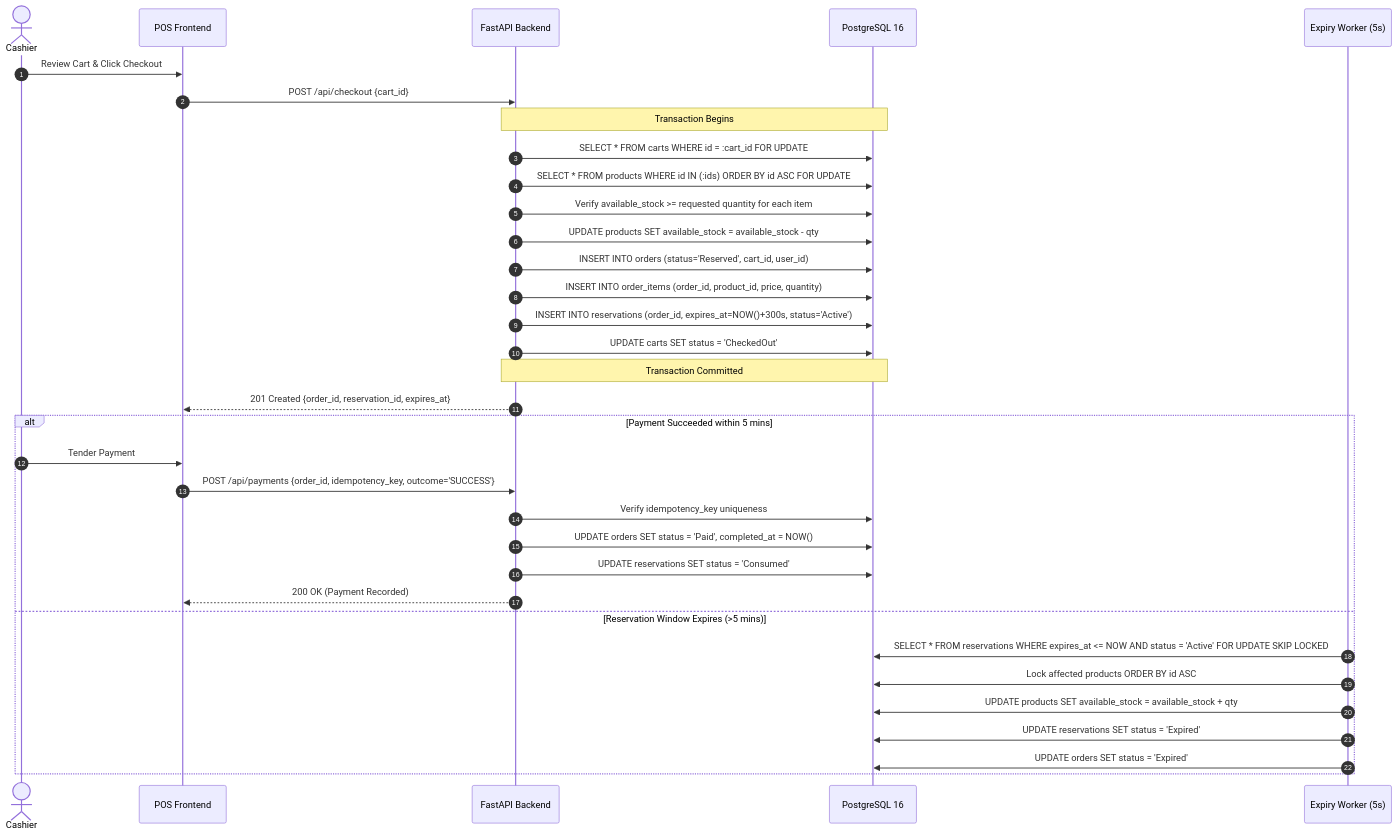
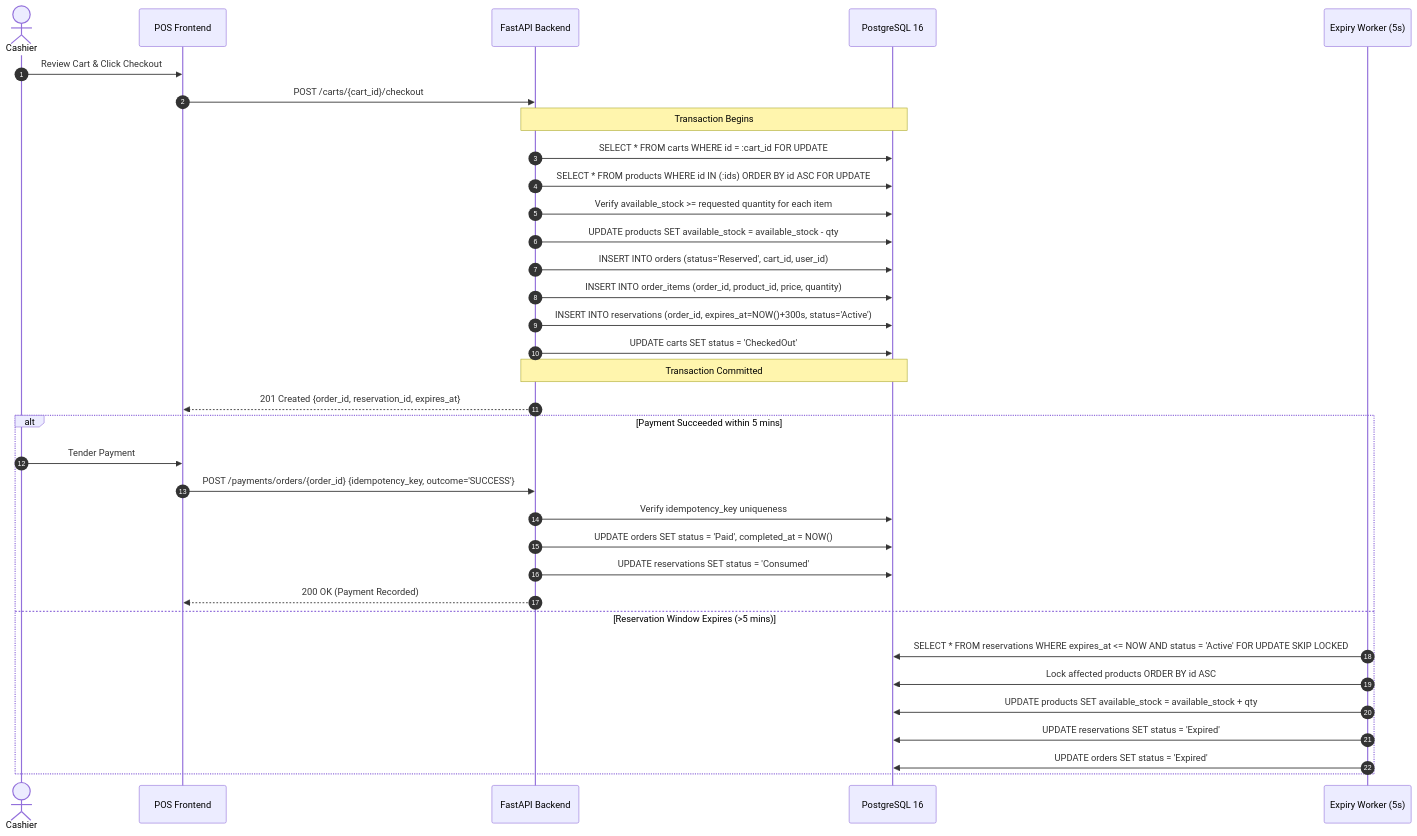
One commit to arudkumaran19/pos-ecommerce-systems changed the third of 22 diagrams in README.md. Above: the diagram before and after it, drawn with Mermaid. The commit also changed other lines of this file, not shown here.

````diff
--- a/README.md
+++ b/README.md
@@ -260,38 +281,38 @@
 ```mermaid
 sequenceDiagram
     autonumber
     actor Cashier
     participant POS as POS Frontend
     participant API as FastAPI Backend
     participant DB as PostgreSQL 16
     participant Expiry as Expiry Worker (5s)
 
     Cashier->>POS: Review Cart & Click Checkout
-    POS->>API: POST /api/checkout {cart_id}
+    POS->>API: POST /carts/{cart_id}/checkout
     Note over API,DB: Transaction Begins
     API->>DB: SELECT * FROM carts WHERE id = :cart_id FOR UPDATE
     API->>DB: SELECT * FROM products WHERE id IN (:ids) ORDER BY id ASC FOR UPDATE
     API->>DB: Verify available_stock >= requested quantity for each item
     API->>DB: UPDATE products SET available_stock = available_stock - qty
     API->>DB: INSERT INTO orders (status='Reserved', cart_id, user_id)
     API->>DB: INSERT INTO order_items (order_id, product_id, price, quantity)
     API->>DB: INSERT INTO reservations (order_id, expires_at=NOW()+300s, status='Active')
     API->>DB: UPDATE carts SET status = 'CheckedOut'
     Note over API,DB: Transaction Committed
     API-->>POS: 201 Created {order_id, reservation_id, expires_at}
 
     alt Payment Succeeded within 5 mins
         Cashier->>POS: Tender Payment
-        POS->>API: POST /api/payments {order_id, idempotency_key, outcome='SUCCESS'}
+        POS->>API: POST /payments/orders/{order_id} {idempotency_key, outcome='SUCCESS'}
         API->>DB: Verify idempotency_key uniqueness
         API->>DB: UPDATE orders SET status = 'Paid', completed_at = NOW()
         API->>DB: UPDATE reservations SET status = 'Consumed'
         API-->>POS: 200 OK (Payment Recorded)
     else Reservation Window Expires (>5 mins)
         Expiry->>DB: SELECT * FROM reservations WHERE expires_at <= NOW AND status = 'Active' FOR UPDATE SKIP LOCKED
         Expiry->>DB: Lock affected products ORDER BY id ASC
         Expiry->>DB: UPDATE products SET available_stock = available_stock + qty
         Expiry->>DB: UPDATE reservations SET status = 'Expired'
         Expiry->>DB: UPDATE orders SET status = 'Expired'
     end
 ```
````
